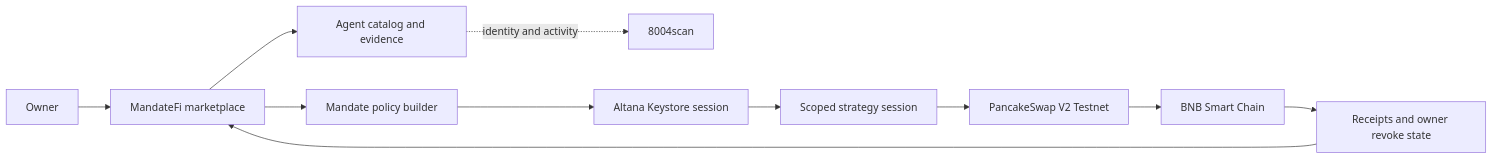
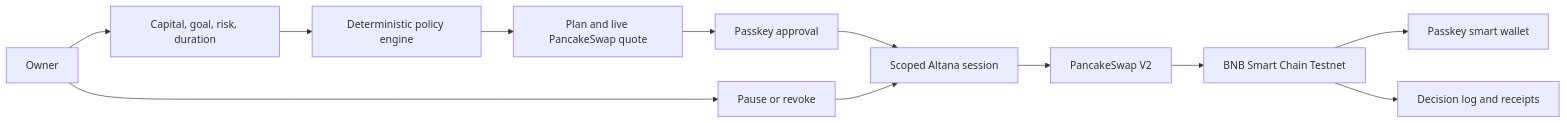
The diagram in README.md (FeeeeelixWong/mandatefi), drawn with Mermaid before and after one commit. The commit also changed other lines of this file and 16 other files, not shown here.

````diff
--- a/README.md
+++ b/README.md
@@ -68,13 +72,14 @@
 ```mermaid
 flowchart LR
-  U["Owner"] --> M["MandateFi marketplace"]
-  M --> C["Agent catalog and evidence"]
-  C -. "identity and activity" .-> E["8004scan"]
-  M --> P["Mandate policy builder"]
-  P --> K["Altana Keystore session"]
-  K --> A["Scoped strategy session"]
-  A --> D["PancakeSwap V2 Testnet"]
-  D --> B["BNB Smart Chain"]
-  B --> R["Receipts and owner revoke state"]
-  R --> M
+  O["Owner"] --> I["Capital, goal, risk, duration"]
+  I --> E["Deterministic policy engine"]
+  E --> P["Plan and live PancakeSwap quote"]
+  P --> K["Passkey approval"]
+  K --> S["Scoped Altana session"]
+  S --> X["PancakeSwap V2"]
+  X --> B["BNB Smart Chain Testnet"]
+  B --> W["Passkey smart wallet"]
+  B --> D["Decision log and receipts"]
+  O --> R["Pause or revoke"]
+  R --> S
 ```
````
